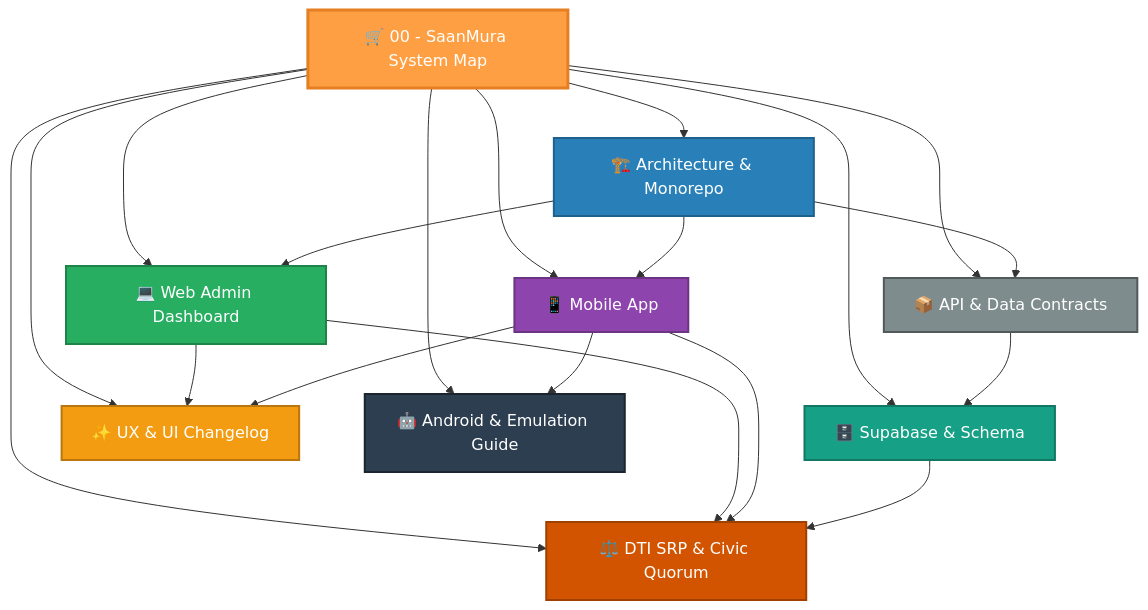
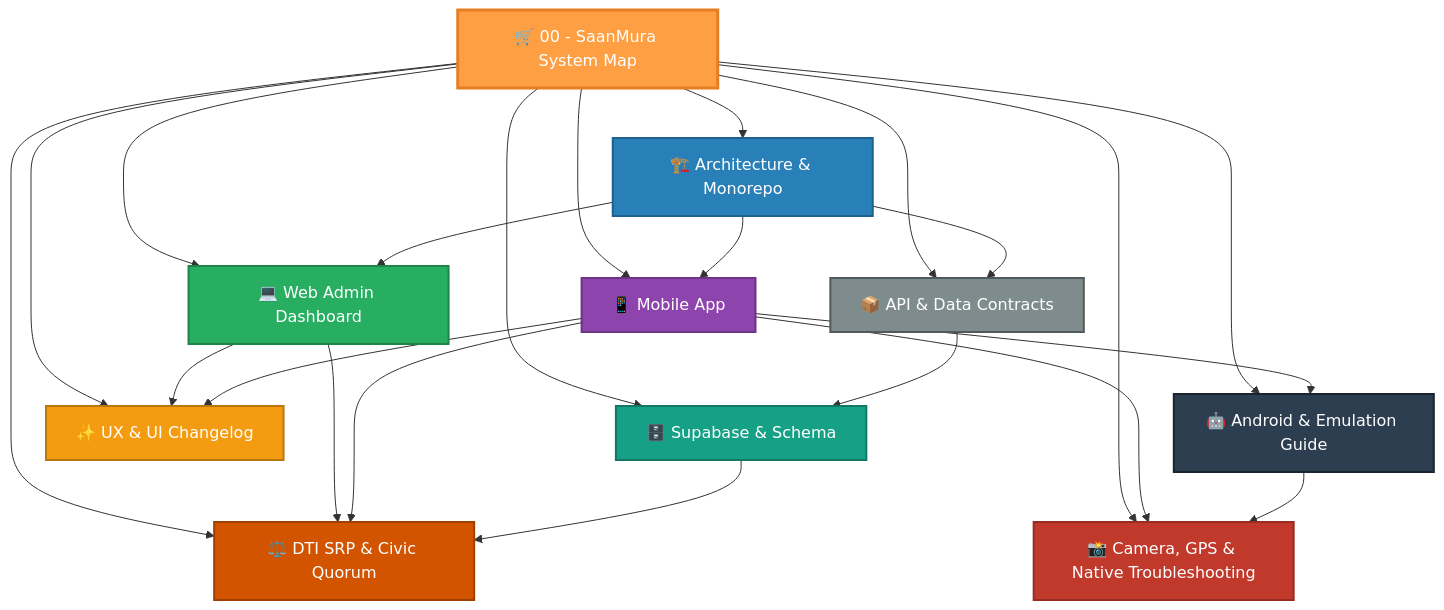
The diagram in docs/obsidian/00 - SaanMura Overview & System Map.md (exodianap-commits/SaanMura), drawn with Mermaid before and after one commit. The commit also changed other lines of this file and 4 other files, not shown here.

Commit message:
docs(obsidian): update codebase map, UX changelog, and native camera/geolocation guide

````diff
--- a/docs/obsidian/00 - SaanMura Overview & System Map.md
+++ b/docs/obsidian/00 - SaanMura Overview & System Map.md
@@ -15,43 +15,48 @@
 ```mermaid
 graph TD
     MOC["🛒 00 - SaanMura System Map"]:::core
     
     ARCH["🏗️ Architecture & Monorepo"]:::arch
     WEB["💻 Web Admin Dashboard"]:::web
     MOB["📱 Mobile App"]:::mob
     DB["🗄️ Supabase & Schema"]:::db
     QUORUM["⚖️ DTI SRP & Civic Quorum"]:::gov
     CHANGES["✨ UX & UI Changelog"]:::log
     ANDROID["🤖 Android & Emulation Guide"]:::android
     API["📦 API & Data Contracts"]:::api
+    NATIVE["📸 Camera, GPS & Native Troubleshooting"]:::trouble
 
     MOC --> ARCH
     MOC --> WEB
     MOC --> MOB
     MOC --> DB
     MOC --> QUORUM
     MOC --> CHANGES
     MOC --> ANDROID
     MOC --> API
+    MOC --> NATIVE
 
     ARCH --> WEB
     ARCH --> MOB
     ARCH --> API
     WEB --> QUORUM
     WEB --> CHANGES
     MOB --> QUORUM
     MOB --> ANDROID
     MOB --> CHANGES
+    MOB --> NATIVE
     DB --> QUORUM
     API --> DB
+    ANDROID --> NATIVE
 
     classDef core fill:#ff9f43,stroke:#e67e22,stroke-width:3px,color:#fff;
     classDef arch fill:#2980b9,stroke:#1f618d,stroke-width:2px,color:#fff;
     classDef web fill:#27ae60,stroke:#1e8449,stroke-width:2px,color:#fff;
     classDef mob fill:#8e44ad,stroke:#6c3483,stroke-width:2px,color:#fff;
     classDef db fill:#16a085,stroke:#117864,stroke-width:2px,color:#fff;
     classDef gov fill:#d35400,stroke:#a04000,stroke-width:2px,color:#fff;
     classDef log fill:#f39c12,stroke:#b9770e,stroke-width:2px,color:#fff;
     classDef android fill:#2c3e50,stroke:#1a252f,stroke-width:2px,color:#fff;
     classDef api fill:#7f8c8d,stroke:#515a5a,stroke-width:2px,color:#fff;
+    classDef trouble fill:#c0392b,stroke:#962d22,stroke-width:2px,color:#fff;
 ```
````
